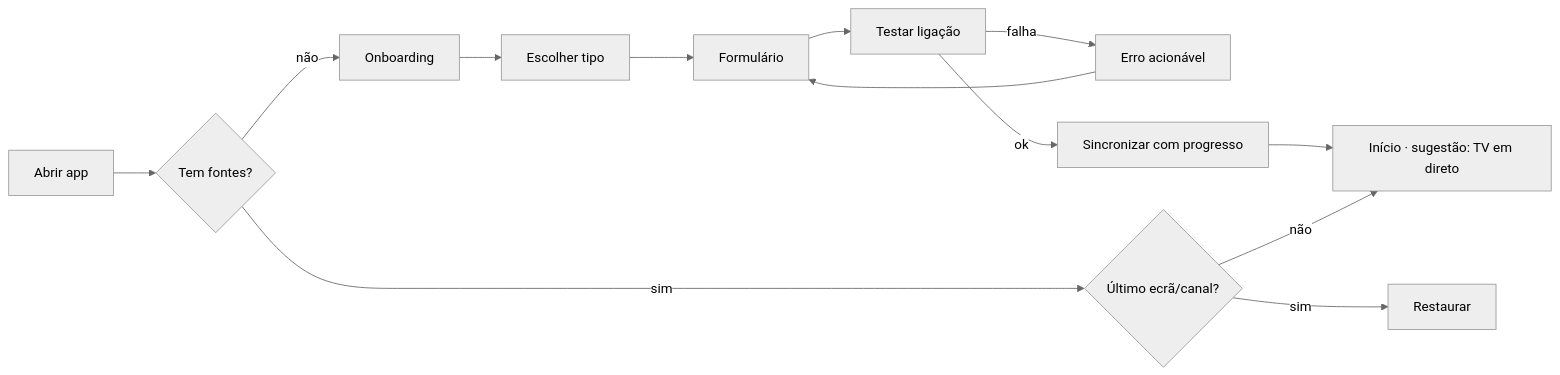
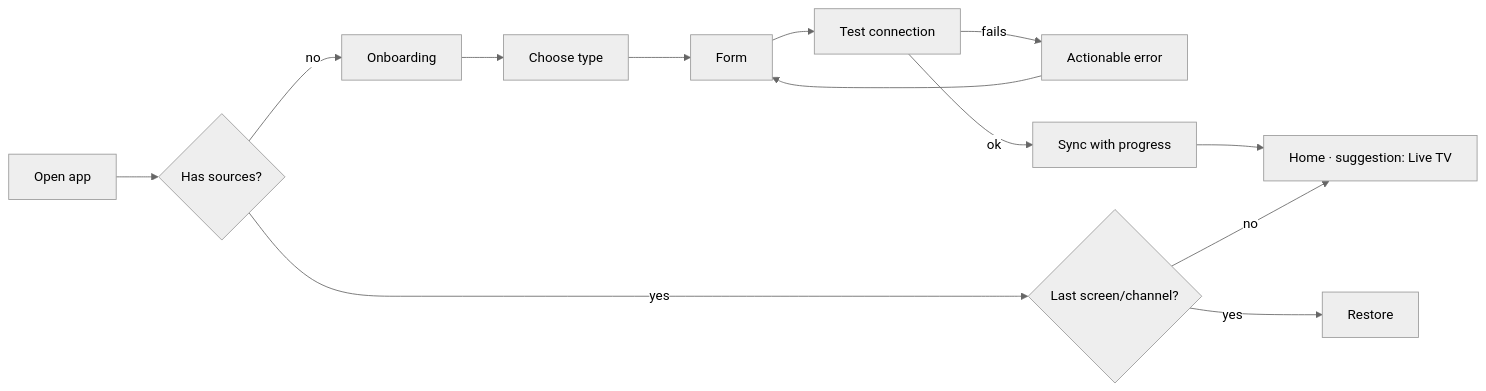
Before and after one commit to mariopires9/simple_iptv: the second of 3 diagrams in docs/UX_UI.md, drawn with Mermaid (neutral theme). The commit also changed other lines of this file and 4 other files, not shown here.

Commit message:
docs: translate research, architecture, decisions, product spec and UX docs to English

````diff
--- a/docs/UX_UI.md
+++ b/docs/UX_UI.md
@@ -217,10 +243,10 @@
 ```mermaid
 flowchart LR
-  A[Abrir app] --> B{Tem fontes?}
-  B -- não --> C[Onboarding] --> D[Escolher tipo] --> E[Formulário]
-  E --> F[Testar ligação]
-  F -- falha --> G[Erro acionável] --> E
-  F -- ok --> H[Sincronizar com progresso] --> I[Início · sugestão: TV em direto]
-  B -- sim --> J{Último ecrã/canal?} -- sim --> K[Restaurar] 
-  J -- não --> I
+  A[Open app] --> B{Has sources?}
+  B -- no --> C[Onboarding] --> D[Choose type] --> E[Form]
+  E --> F[Test connection]
+  F -- fails --> G[Actionable error] --> E
+  F -- ok --> H[Sync with progress] --> I[Home · suggestion: Live TV]
+  B -- yes --> J{Last screen/channel?} -- yes --> K[Restore] 
+  J -- no --> I
 ```
````
